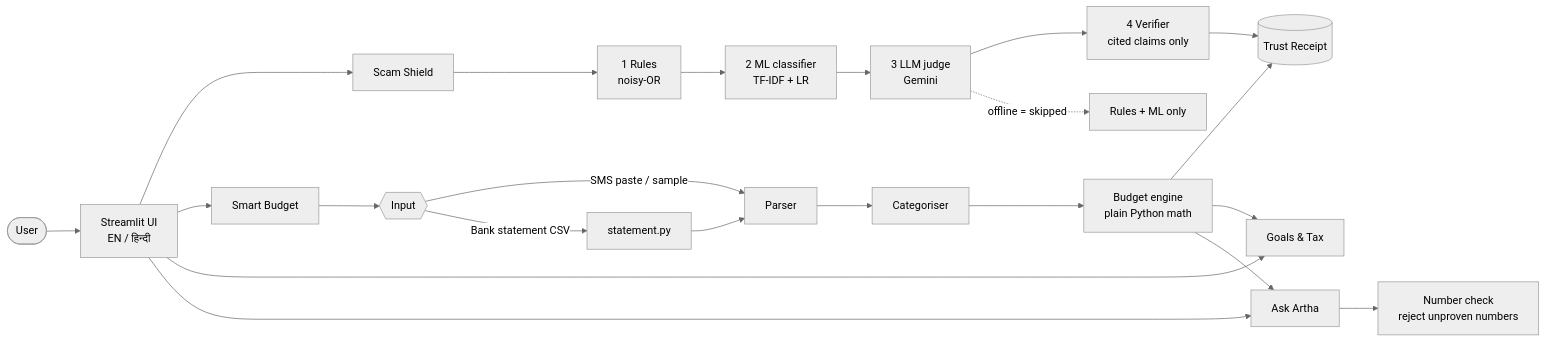
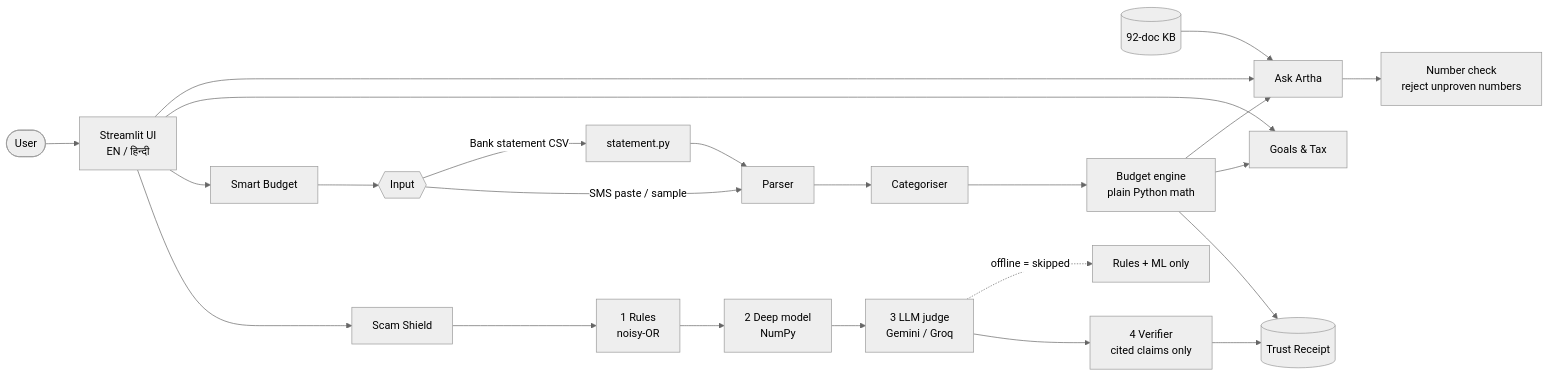
The diagram in ARCHITECTURE.md (Shreya00320/artha-kavach-2026), drawn with Mermaid (neutral theme) before and after one commit. The commit also changed other lines of this file and 11 other files, not shown here.

First line of the commit message:
Add Groq LLM provider; evals score the shipped deep model; refresh all docs

````diff
--- a/ARCHITECTURE.md
+++ b/ARCHITECTURE.md
@@ -281,21 +318,22 @@
 ```mermaid
 flowchart LR
     U([User]) --> UI[Streamlit UI<br/>EN / हिन्दी]
     UI --> SS[Scam Shield]
     UI --> SB[Smart Budget]
     UI --> GT[Goals & Tax]
     UI --> AA[Ask Artha]
+    KB[(92-doc KB)] --> AA
 
-    SS --> R[1 Rules<br/>noisy-OR] --> C[2 ML classifier<br/>TF-IDF + LR] --> J[3 LLM judge<br/>Gemini] --> V[4 Verifier<br/>cited claims only]
+    SS --> R[1 Rules<br/>noisy-OR] --> C[2 Deep model<br/>NumPy] --> J[3 LLM judge<br/>Gemini / Groq] --> V[4 Verifier<br/>cited claims only]
     V --> TR[(Trust Receipt)]
 
     SB --> IN{{Input}}
     IN -->|SMS paste / sample| P[Parser]
     IN -->|Bank statement CSV| ST[statement.py] --> P
     P --> CAT[Categoriser] --> BE[Budget engine<br/>plain Python math] --> TR
     BE --> GT
     BE --> AA
     AA --> NC[Number check<br/>reject unproven numbers]
 
     J -. offline = skipped .-> OFF[Rules + ML only]
 ```
````
